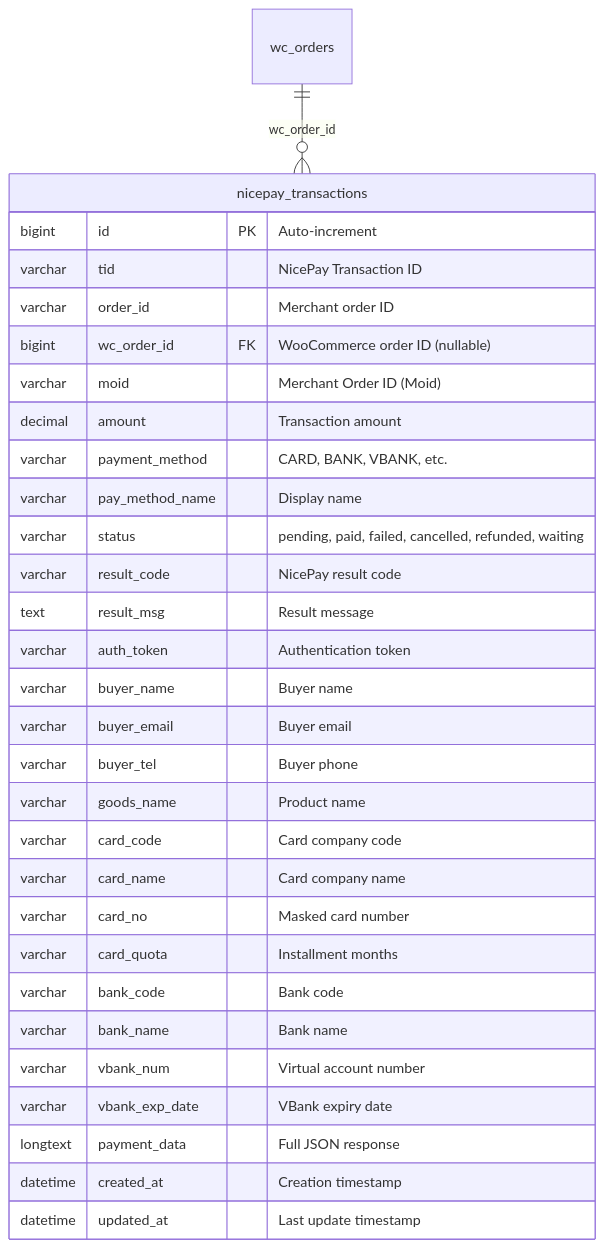
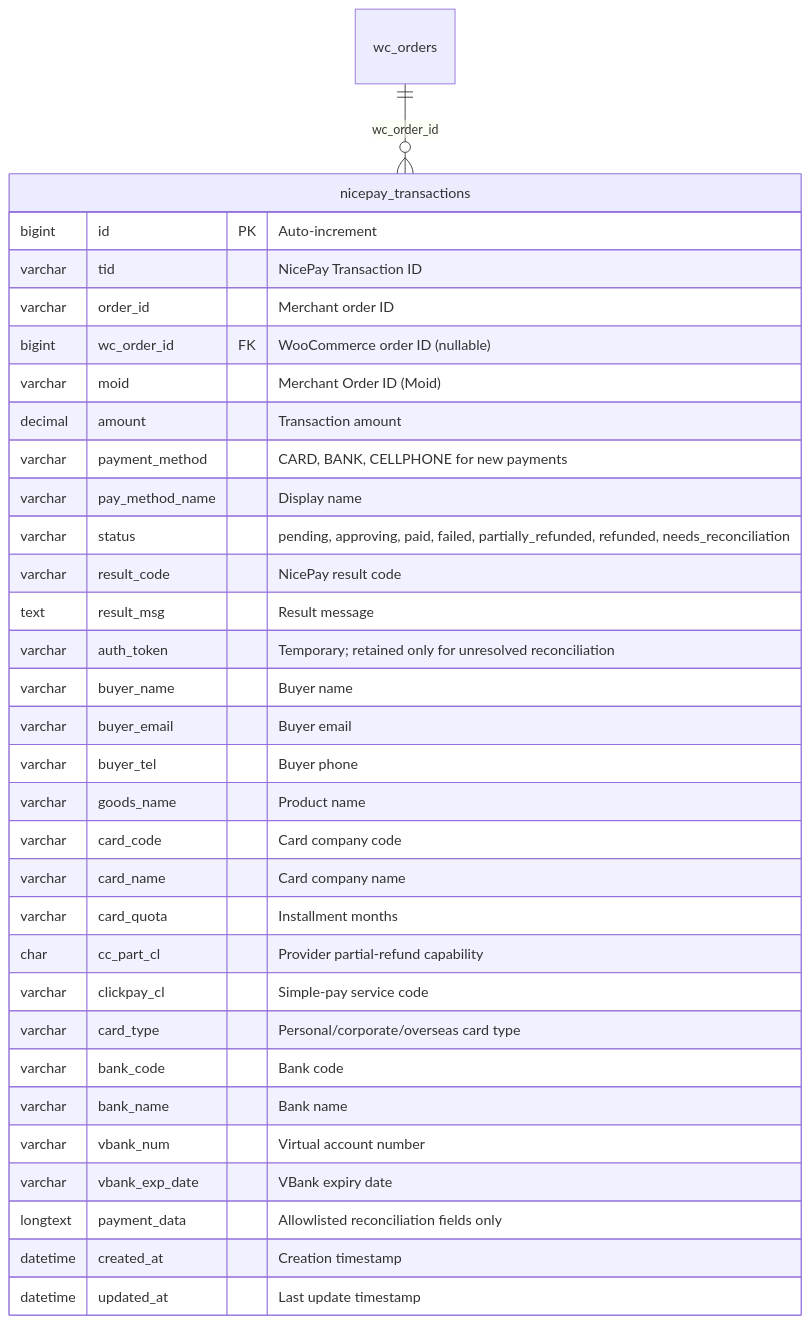
Before and after one commit to cemililik/nicepay-paymentgateway-wordpress-plugin: the seventh of 9 diagrams in docs/ARCHITECTURE.md, drawn with Mermaid. The commit also changed other lines of this file and 109 other files, not shown here.

````diff
--- a/docs/ARCHITECTURE.md
+++ b/docs/ARCHITECTURE.md
@@ -295,34 +305,36 @@
 ```mermaid
 erDiagram
     nicepay_transactions {
         bigint id PK "Auto-increment"
         varchar tid "NicePay Transaction ID"
         varchar order_id "Merchant order ID"
         bigint wc_order_id FK "WooCommerce order ID (nullable)"
         varchar moid "Merchant Order ID (Moid)"
         decimal amount "Transaction amount"
-        varchar payment_method "CARD, BANK, VBANK, etc."
+        varchar payment_method "CARD, BANK, CELLPHONE for new payments"
         varchar pay_method_name "Display name"
-        varchar status "pending, paid, failed, cancelled, refunded, waiting"
+        varchar status "pending, approving, paid, failed, partially_refunded, refunded, needs_reconciliation"
         varchar result_code "NicePay result code"
         text result_msg "Result message"
-        varchar auth_token "Authentication token"
+        varchar auth_token "Temporary; retained only for unresolved reconciliation"
         varchar buyer_name "Buyer name"
         varchar buyer_email "Buyer email"
         varchar buyer_tel "Buyer phone"
         varchar goods_name "Product name"
         varchar card_code "Card company code"
         varchar card_name "Card company name"
-        varchar card_no "Masked card number"
         varchar card_quota "Installment months"
+        char cc_part_cl "Provider partial-refund capability"
+        varchar clickpay_cl "Simple-pay service code"
+        varchar card_type "Personal/corporate/overseas card type"
         varchar bank_code "Bank code"
         varchar bank_name "Bank name"
         varchar vbank_num "Virtual account number"
         varchar vbank_exp_date "VBank expiry date"
-        longtext payment_data "Full JSON response"
+        longtext payment_data "Allowlisted reconciliation fields only"
         datetime created_at "Creation timestamp"
         datetime updated_at "Last update timestamp"
     }
 
     wc_orders ||--o{ nicepay_transactions : "wc_order_id"
 ```
````
